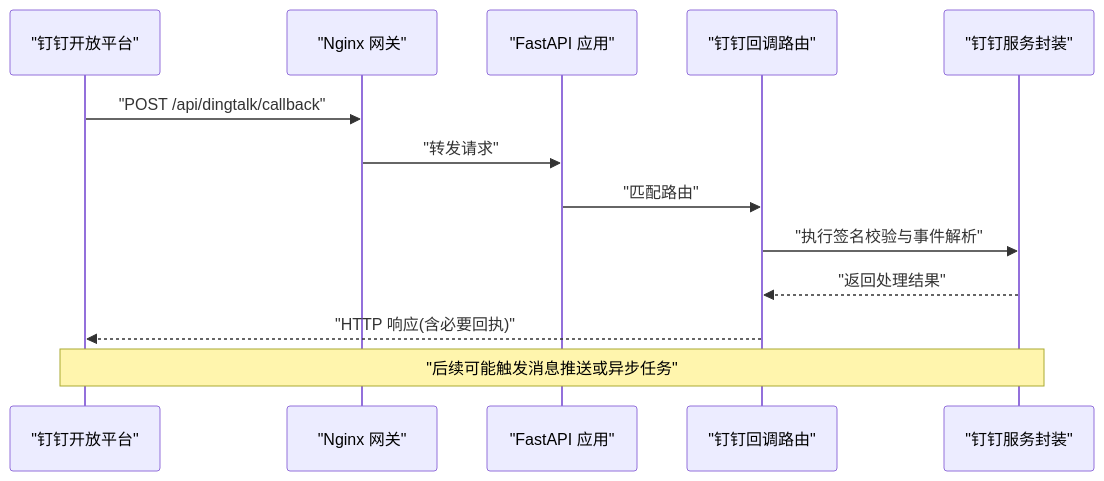
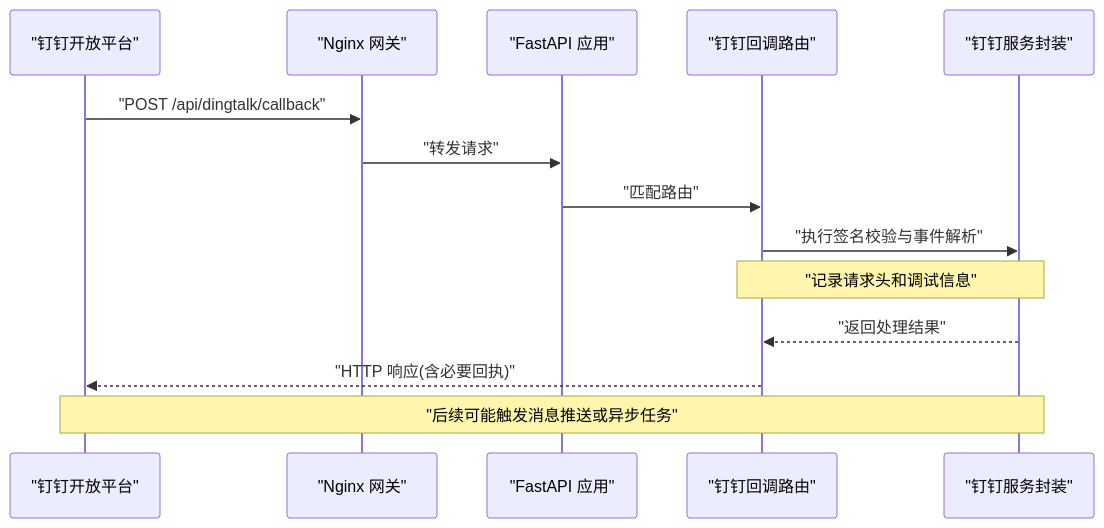
One commit to onebody/homework changed the second of 5 diagrams in .qoder/repowiki/zh/content/暑假作业打卡系统/后端服务架构/服务层架构/钉钉机器人集成.md. Above: the diagram before and after it, drawn with Mermaid. The commit also changed other lines of this file and 18 other files, not shown here.

````diff
--- a/.qoder/repowiki/zh/content/暑假作业打卡系统/后端服务架构/服务层架构/钉钉机器人集成.md
+++ b/.qoder/repowiki/zh/content/暑假作业打卡系统/后端服务架构/服务层架构/钉钉机器人集成.md
@@ -79,15 +89,16 @@
 ```mermaid
 sequenceDiagram
 participant DT as "钉钉开放平台"
 participant NGINX as "Nginx 网关"
 participant APP as "FastAPI 应用"
 participant RT as "钉钉回调路由"
 participant SVC as "钉钉服务封装"
 DT->>NGINX : "POST /api/dingtalk/callback"
 NGINX->>APP : "转发请求"
 APP->>RT : "匹配路由"
 RT->>SVC : "执行签名校验与事件解析"
+Note over RT,SVC : "记录请求头和调试信息"
 SVC-->>RT : "返回处理结果"
 RT-->>DT : "HTTP 响应(含必要回执)"
 Note over DT,SVC : "后续可能触发消息推送或异步任务"
 ```
````
